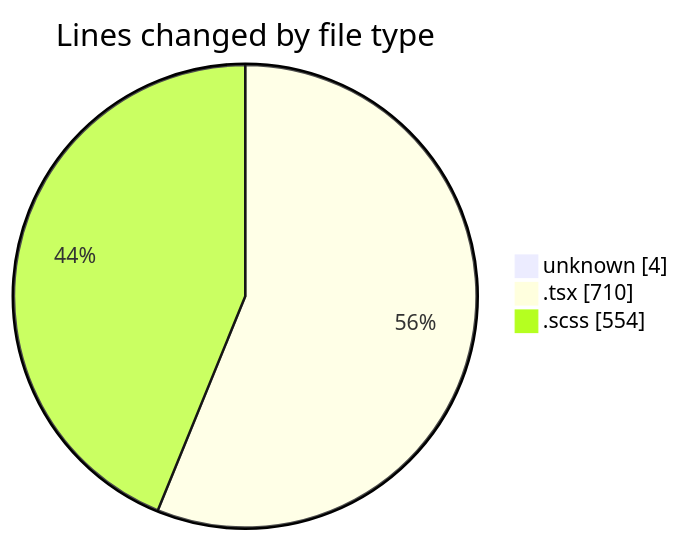
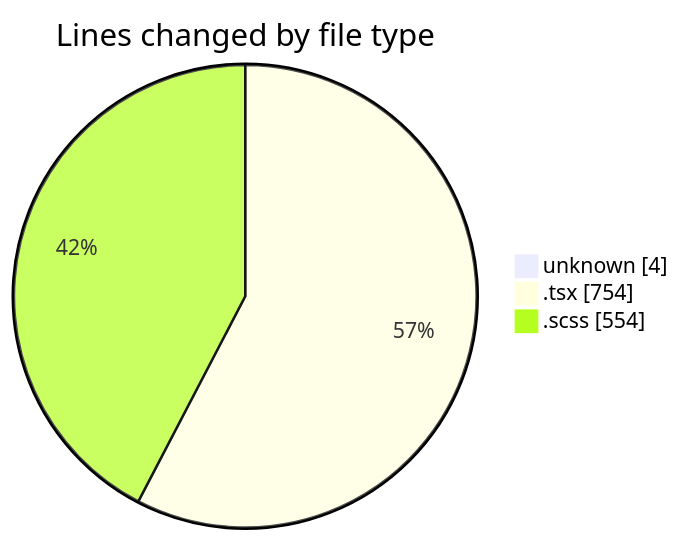
Before and after one commit to momahboobian/code-tracking: the first of 2 diagrams in 2025-02-14/cda/README.md, drawn with Mermaid. The commit also changed other lines of this file and 1 other file, not shown here.

````diff
--- a/2025-02-14/cda/README.md
+++ b/2025-02-14/cda/README.md
@@ -26,7 +27,7 @@
 ```mermaid
 pie showData
 title Lines changed by file type
 "unknown" : 4
-".tsx" : 710
+".tsx" : 754
 ".scss" : 554
 ```
````
